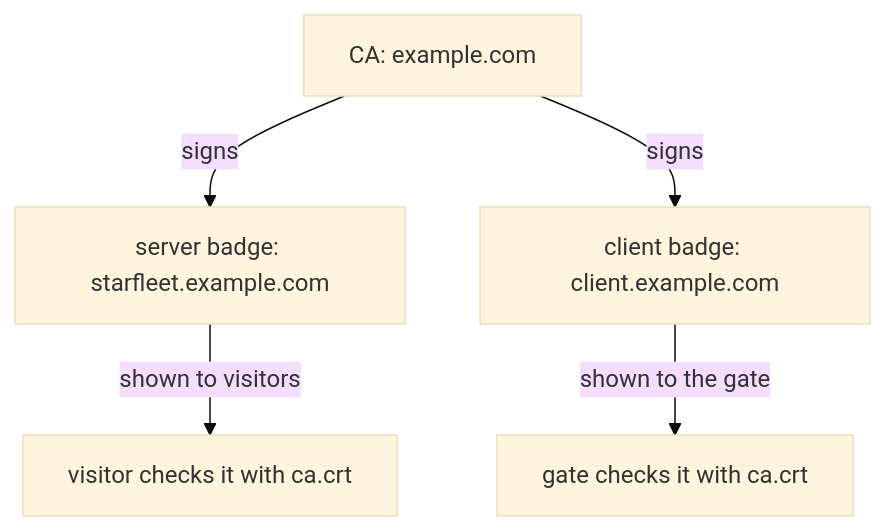
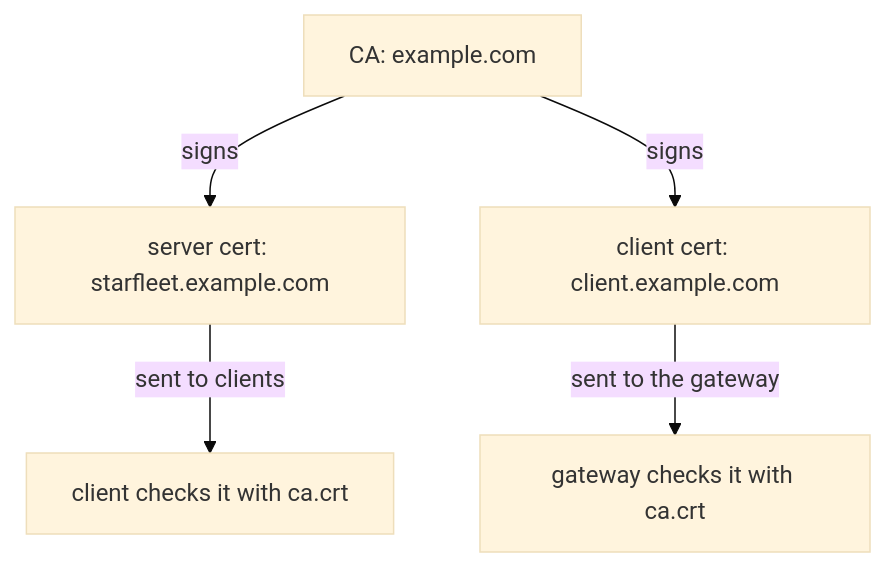
One commit to astrona-io/ATS015 changed the diagram in sections/section-040/module-02/course-01-issue-the-fleet-badges.md. Above: the diagram before and after it, drawn with Mermaid (base theme). The commit also changed other lines of this file and 25 other files, not shown here.

````diff
--- a/sections/section-040/module-02/course-01-issue-the-fleet-badges.md
+++ b/sections/section-040/module-02/course-01-issue-the-fleet-badges.md
@@ -25,7 +25,7 @@
 ```mermaid
 flowchart TB
-    CA["CA: example.com"] -->|"signs"| S["server badge: starfleet.example.com"]
-    CA -->|"signs"| C["client badge: client.example.com"]
-    S -->|"shown to visitors"| V["visitor checks it with ca.crt"]
-    C -->|"shown to the gate"| G["gate checks it with ca.crt"]
+    CA["CA: example.com"] -->|"signs"| S["server cert: starfleet.example.com"]
+    CA -->|"signs"| C["client cert: client.example.com"]
+    S -->|"sent to clients"| V["client checks it with ca.crt"]
+    C -->|"sent to the gateway"| G["gateway checks it with ca.crt"]
 ```
````
